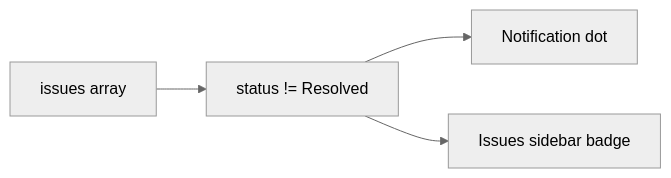
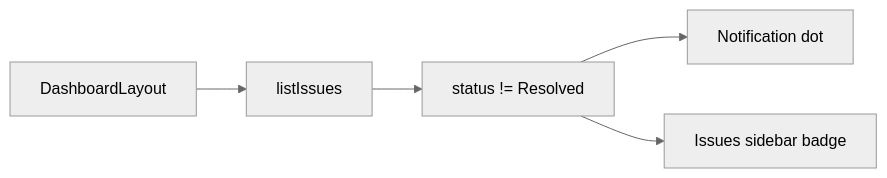
Diagram 12 of 16 in SYSTEM_FLOW.md (muhammadjamshed7/Assignmentwork), drawn with Mermaid (neutral theme) before and after one commit. The commit also changed other lines of this file and 56 other files, not shown here.

````diff
--- a/SYSTEM_FLOW.md
+++ b/SYSTEM_FLOW.md
@@ -309,6 +428,7 @@
 ```mermaid
 flowchart LR
-  Issues[issues array] --> Count[status != Resolved]
+  Layout[DashboardLayout] --> ListIssues[listIssues]
+  ListIssues --> Count[status != Resolved]
   Count --> HeaderDot[Notification dot]
   Count --> SidebarBadge[Issues sidebar badge]
 ```
````
